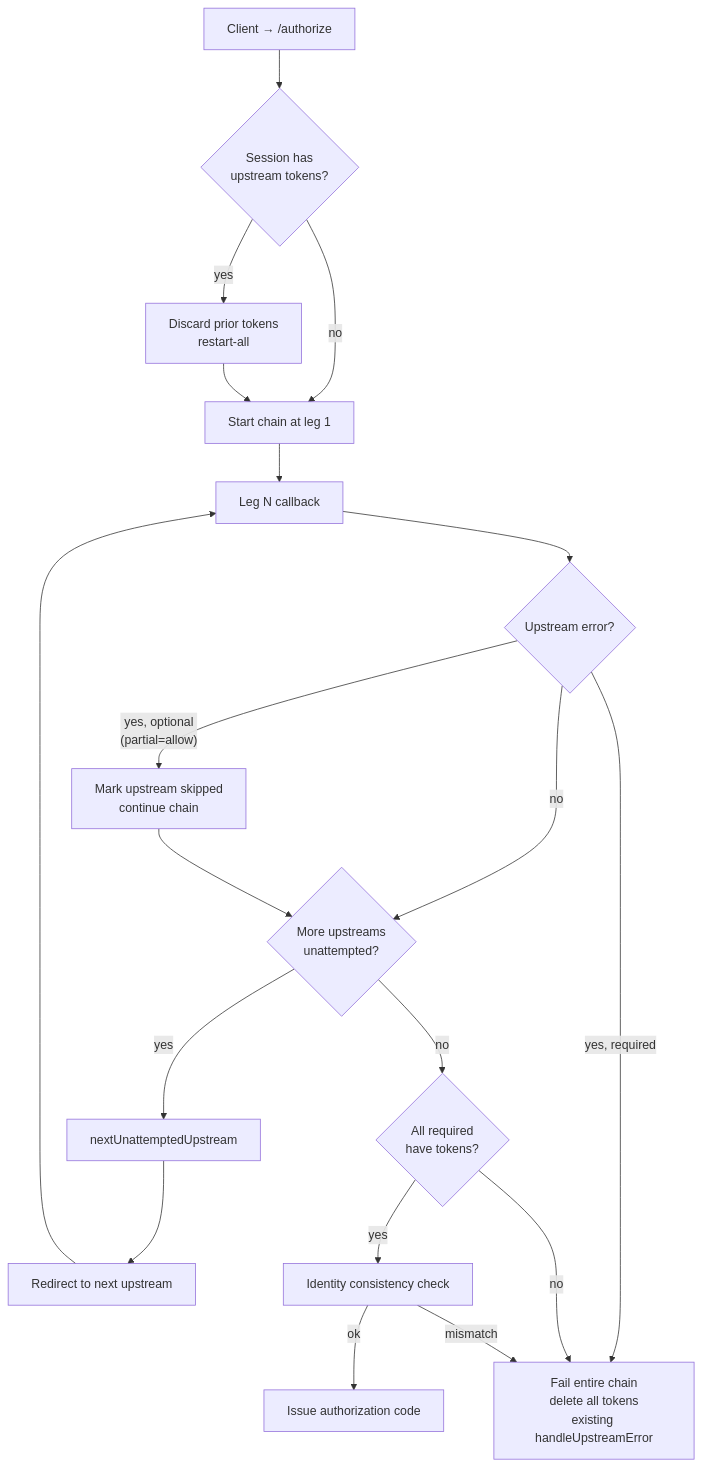
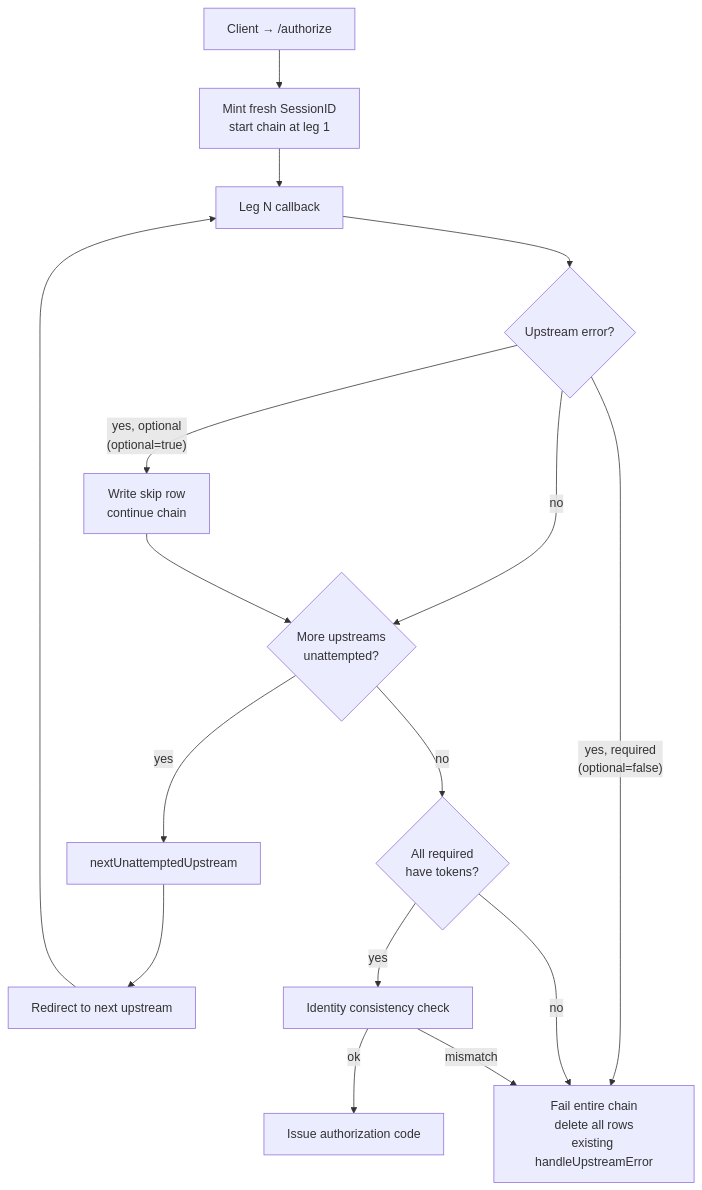
Before and after one commit to stacklok/toolhive-rfcs: the diagram in rfcs/THV-0072-vmcp-multi-upstream-partial-auth.md, drawn with Mermaid. The commit also changed other lines of this file, not shown here.

First line of the commit message:
THV-0072: address review feedback on multi-upstream partial auth RFC

````diff
--- a/rfcs/THV-0072-vmcp-multi-upstream-partial-auth.md
+++ b/rfcs/THV-0072-vmcp-multi-upstream-partial-auth.md
@@ -126,21 +152,18 @@
 ```mermaid
 flowchart TD
-    A[Client → /authorize] --> B{Session has<br/>upstream tokens?}
-    B -- yes --> C[Discard prior tokens<br/>restart-all]
-    B -- no --> D[Start chain at leg 1]
-    C --> D
+    A[Client → /authorize] --> D[Mint fresh SessionID<br/>start chain at leg 1]
     D --> E[Leg N callback]
     E --> F{Upstream error?}
     F -- no --> G{More upstreams<br/>unattempted?}
-    F -- "yes, required" --> H[Fail entire chain<br/>delete all tokens<br/>existing handleUpstreamError]
-    F -- "yes, optional<br/>(partial=allow)" --> I[Mark upstream skipped<br/>continue chain]
+    F -- "yes, required<br/>(optional=false)" --> H[Fail entire chain<br/>delete all rows<br/>existing handleUpstreamError]
+    F -- "yes, optional<br/>(optional=true)" --> I[Write skip row<br/>continue chain]
     I --> G
     G -- yes --> J[nextUnattemptedUpstream]
     G -- no --> N{All required<br/>have tokens?}
     J --> L[Redirect to next upstream]
     L --> E
     N -- yes --> K[Identity consistency check]
     N -- no --> H
     K -- ok --> M[Issue authorization code]
     K -- mismatch --> H
 ```
````
